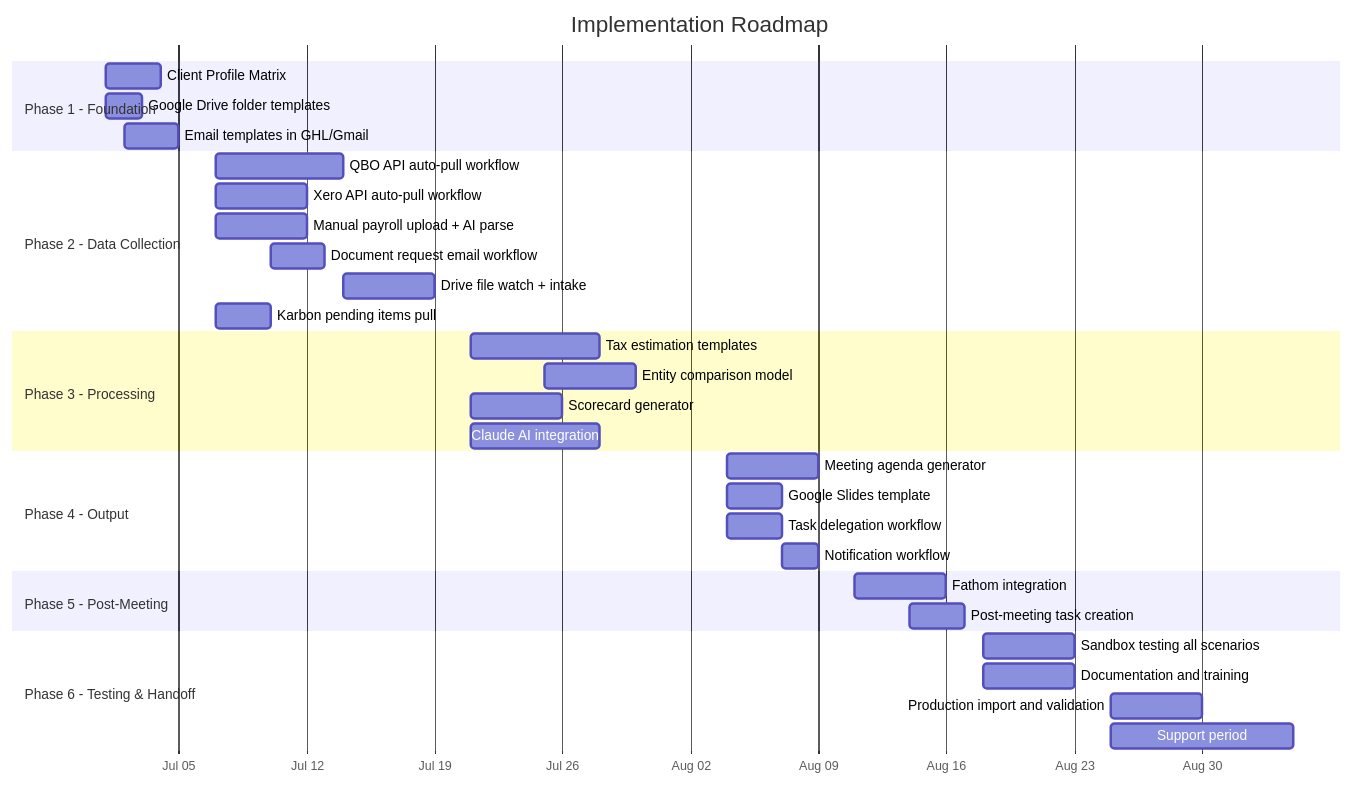
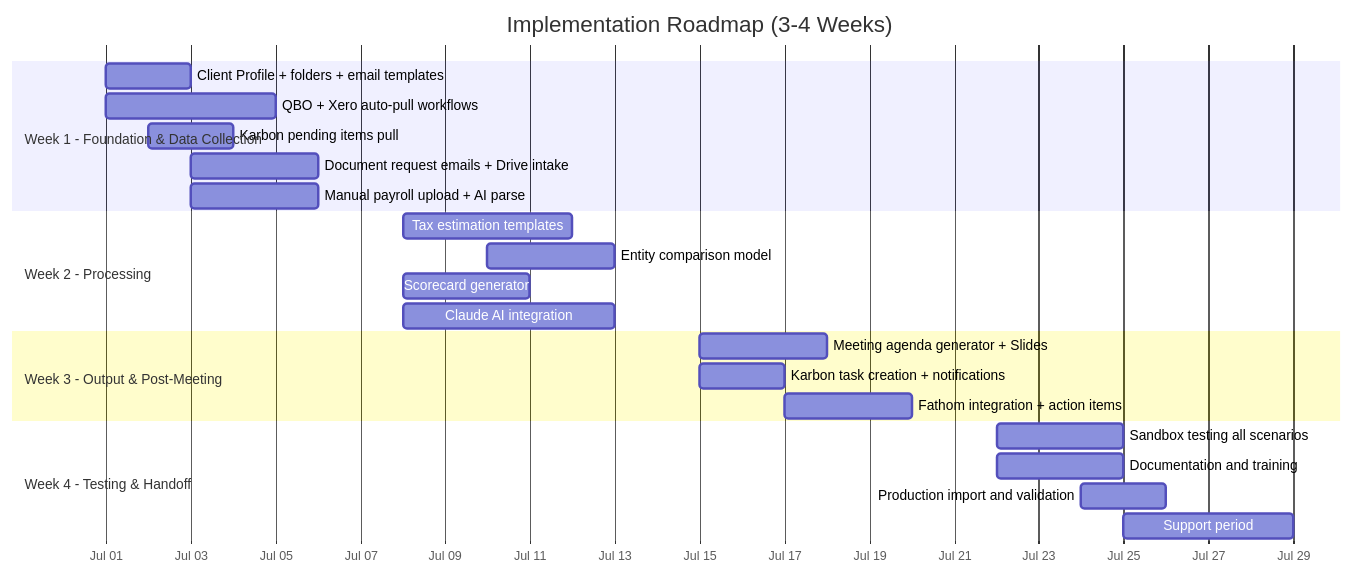
Diagram 18 of 20 in docs/quarterly-meeting-automation/05-Comprehensive-Workflow-Documentation.md (dkinvestments-art/n8n), drawn with Mermaid before and after one commit. The commit also changed other lines of this file and 3 other files, not shown here.

First line of the commit message:
docs: Compress implementation timeline to 3-4 weeks

````diff
--- a/docs/quarterly-meeting-automation/05-Comprehensive-Workflow-Documentation.md
+++ b/docs/quarterly-meeting-automation/05-Comprehensive-Workflow-Documentation.md
@@ -943,41 +943,30 @@
 ```mermaid
 gantt
-    title Implementation Roadmap
+    title Implementation Roadmap (3-4 Weeks)
     dateFormat YYYY-MM-DD
     axisFormat %b %d
 
-    section Phase 1 - Foundation
-    Client Profile Matrix          :p1a, 2026-07-01, 3d
-    Google Drive folder templates   :p1b, 2026-07-01, 2d
-    Email templates in GHL/Gmail    :p1c, 2026-07-02, 3d
+    section Week 1 - Foundation & Data Collection
+    Client Profile + folders + email templates :p1a, 2026-07-01, 2d
+    QBO + Xero auto-pull workflows              :p1b, 2026-07-01, 4d
+    Karbon pending items pull                   :p1c, 2026-07-02, 2d
+    Document request emails + Drive intake      :p1d, 2026-07-03, 3d
+    Manual payroll upload + AI parse            :p1e, 2026-07-03, 3d
 
-    section Phase 2 - Data Collection
-    QBO API auto-pull workflow      :p2a, 2026-07-07, 7d
-    Xero API auto-pull workflow     :p2b, 2026-07-07, 5d
-    Manual payroll upload + AI parse :p2c, 2026-07-07, 5d
-    Document request email workflow  :p2d, 2026-07-10, 3d
-    Drive file watch + intake        :p2e, 2026-07-14, 5d
-    Karbon pending items pull        :p2f, 2026-07-07, 3d
+    section Week 2 - Processing
+    Tax estimation templates                    :p2a, 2026-07-08, 4d
+    Entity comparison model                     :p2b, 2026-07-10, 3d
+    Scorecard generator                         :p2c, 2026-07-08, 3d
+    Claude AI integration                       :p2d, 2026-07-08, 5d
 
-    section Phase 3 - Processing
-    Tax estimation templates         :p3a, 2026-07-21, 7d
-    Entity comparison model          :p3b, 2026-07-25, 5d
-    Scorecard generator              :p3c, 2026-07-21, 5d
-    Claude AI integration            :p3d, 2026-07-21, 7d
+    section Week 3 - Output & Post-Meeting
+    Meeting agenda generator + Slides           :p3a, 2026-07-15, 3d
+    Karbon task creation + notifications        :p3b, 2026-07-15, 2d
+    Fathom integration + action items           :p3c, 2026-07-17, 3d
 
-    section Phase 4 - Output
-    Meeting agenda generator         :p4a, 2026-08-04, 5d
-    Google Slides template           :p4b, 2026-08-04, 3d
-    Task delegation workflow          :p4c, 2026-08-04, 3d
-    Notification workflow             :p4d, 2026-08-07, 2d
-
-    section Phase 5 - Post-Meeting
-    Fathom integration               :p5a, 2026-08-11, 5d
-    Post-meeting task creation        :p5b, 2026-08-14, 3d
-
-    section Phase 6 - Testing & Handoff
-    Sandbox testing all scenarios     :p6a, 2026-08-18, 5d
-    Documentation and training        :p6b, 2026-08-18, 5d
-    Production import and validation  :p6c, 2026-08-25, 5d
-    Support period                    :p6d, 2026-08-25, 10d
+    section Week 4 - Testing & Handoff
+    Sandbox testing all scenarios               :p4a, 2026-07-22, 3d
+    Documentation and training                  :p4b, 2026-07-22, 3d
+    Production import and validation            :p4c, 2026-07-24, 2d
+    Support period                              :p4d, 2026-07-25, 4d
 ```
````
